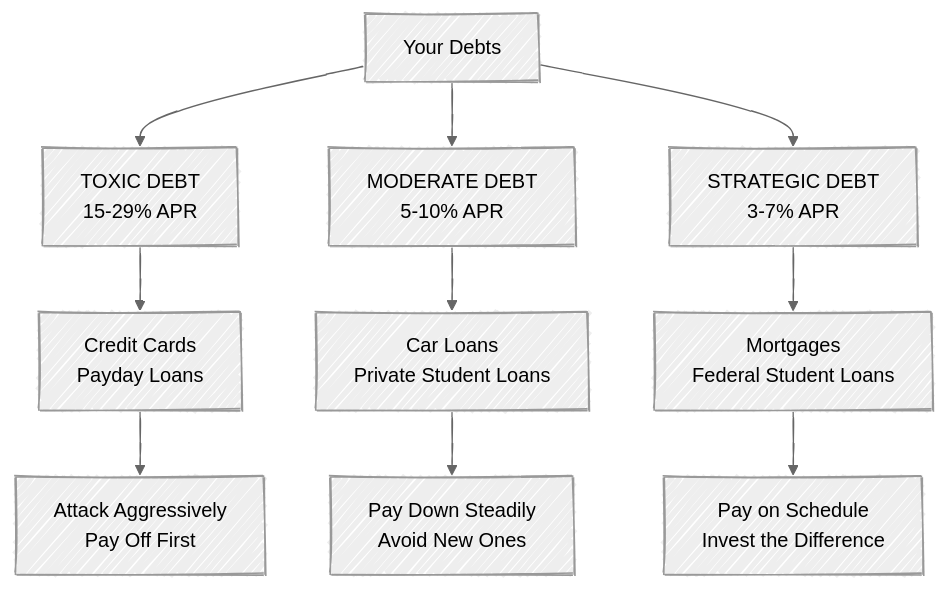
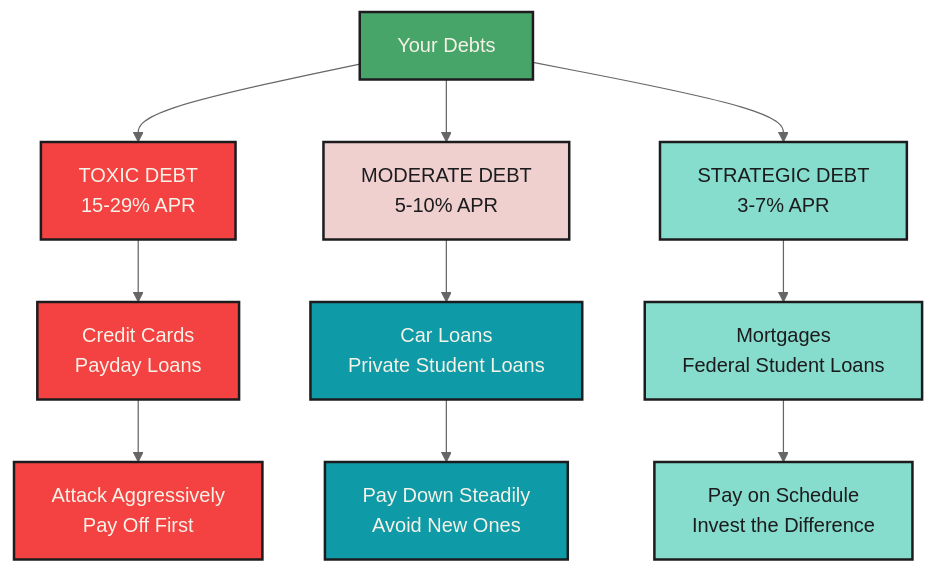
Before and after one commit to mjfrigaard/fm-finance: the first of 7 diagrams in managing_debt.qmd, drawn with Mermaid. The commit also changed other lines of this file and 5 other files, not shown here.

Commit message:
updates to mermaid

````diff
--- a/managing_debt.qmd
+++ b/managing_debt.qmd
@@ -38,18 +38,28 @@
 ```{mermaid}
 %%| fig-cap: 'Know Your Enemy'
 %%| fig-align: center
-%%{init: {'theme': 'neutral', 'look': 'handDrawn', 'themeVariables': { 'fontFamily': 'monospace', "fontSize":"16px"}}}%%
+%%{init: {'theme': 'neutral', 'themeVariables': { 'fontFamily': 'monospace', "fontSize":"16px"}}}%%
 
 flowchart TD
     AllDebt[Your Debts] --> Toxic[TOXIC DEBT<br>15-29% APR]
     AllDebt --> Moderate[MODERATE DEBT<br>5-10% APR]
     AllDebt --> Strategic[STRATEGIC DEBT<br>3-7% APR]
-    
+
     Toxic --> CreditCards[Credit Cards<br>Payday Loans]
     Moderate --> CarLoans[Car Loans<br>Private Student Loans]
     Strategic --> Mortgages[Mortgages<br>Federal Student Loans]
-    
+
     CreditCards --> Attack1[Attack Aggressively<br>Pay Off First]
     CarLoans --> Attack2[Pay Down Steadily<br>Avoid New Ones]
     Mortgages --> Attack3[Pay on Schedule<br>Invest the Difference]
+    style AllDebt fill:#48a56a,color:#F5F2E8,stroke:#1C1C1E,stroke-width:2px
+    style Toxic fill:#f44242,color:#F5F2E8,stroke:#1C1C1E,stroke-width:2px
+    style Moderate fill:#f0cfcf,color:#1C1C1E,stroke:#1C1C1E,stroke-width:2px
+    style Strategic fill:#86ddcd,color:#1C1C1E,stroke:#1C1C1E,stroke-width:2px
+    style CreditCards fill:#f44242,color:#F5F2E8,stroke:#1C1C1E,stroke-width:2px
+    style CarLoans fill:#0e9aa7,color:#F5F2E8,stroke:#1C1C1E,stroke-width:2px
+    style Mortgages fill:#86ddcd,color:#1C1C1E,stroke:#1C1C1E,stroke-width:2px
+    style Attack1 fill:#f44242,color:#F5F2E8,stroke:#1C1C1E,stroke-width:2px
+    style Attack2 fill:#0e9aa7,color:#F5F2E8,stroke:#1C1C1E,stroke-width:2px
+    style Attack3 fill:#86ddcd,color:#1C1C1E,stroke:#1C1C1E,stroke-width:2px
 ```
````
